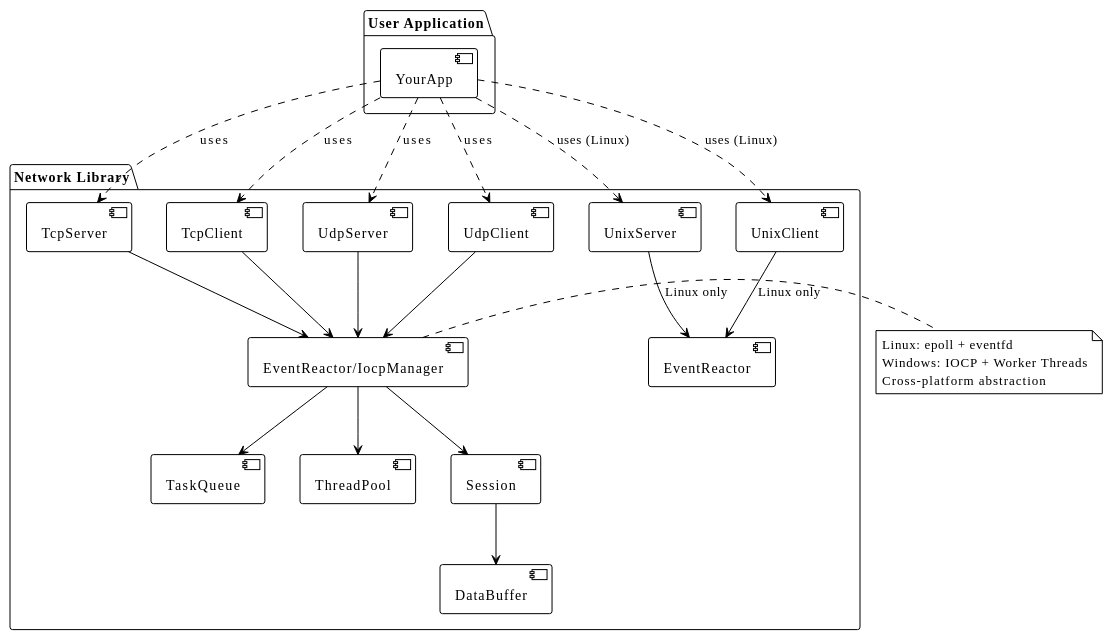
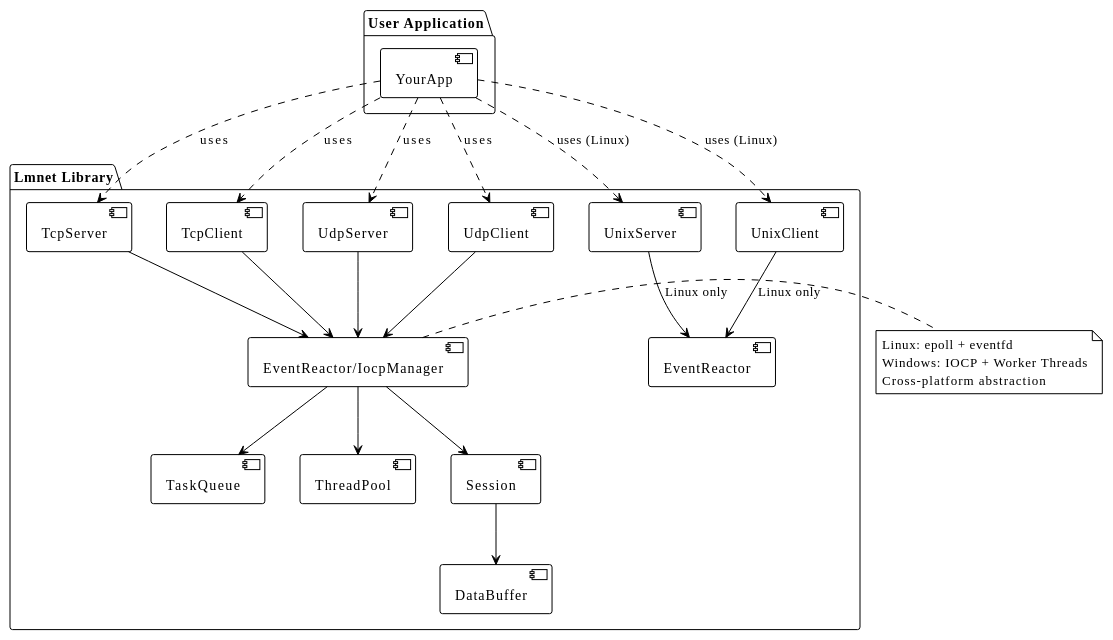
Before and after one commit to lmshao/lmnet: the diagram in README.zh-CN.md, drawn with PlantUML. The commit also changed other lines of this file and 72 other files, not shown here.

Commit message:
Rename network to lmnet and update coreutils to lmcore

````diff
--- a/README.zh-CN.md
+++ b/README.zh-CN.md
@@ -175,36 +213,36 @@
 ```plantuml
-@startuml NetworkLibraryArchitecture
+@startuml LmnetLibraryArchitecture
 !theme plain
 
 package "User Application" {
     [YourApp]
 }
 
-package "Network Library" {
+package "Lmnet Library" {
     [TcpServer] --> [EventReactor/IocpManager]
     [TcpClient] --> [EventReactor/IocpManager]
     [UdpServer] --> [EventReactor/IocpManager]
     [UdpClient] --> [EventReactor/IocpManager]
     [UnixServer] --> [EventReactor] : Linux only
     [UnixClient] --> [EventReactor] : Linux only
     [EventReactor/IocpManager] --> [TaskQueue]
     [EventReactor/IocpManager] --> [ThreadPool]
     [EventReactor/IocpManager] --> [Session]
     [Session] --> [DataBuffer]
 }
 
 [YourApp] ..> [TcpServer] : uses
 [YourApp] ..> [TcpClient] : uses
 [YourApp] ..> [UdpServer] : uses
 [YourApp] ..> [UdpClient] : uses
 [YourApp] ..> [UnixServer] : uses (Linux)
 [YourApp] ..> [UnixClient] : uses (Linux)
 
 note right of [EventReactor/IocpManager]
     Linux: epoll + eventfd
     Windows: IOCP + Worker Threads
     Cross-platform abstraction
 end note
 
 @enduml
 ```
````
